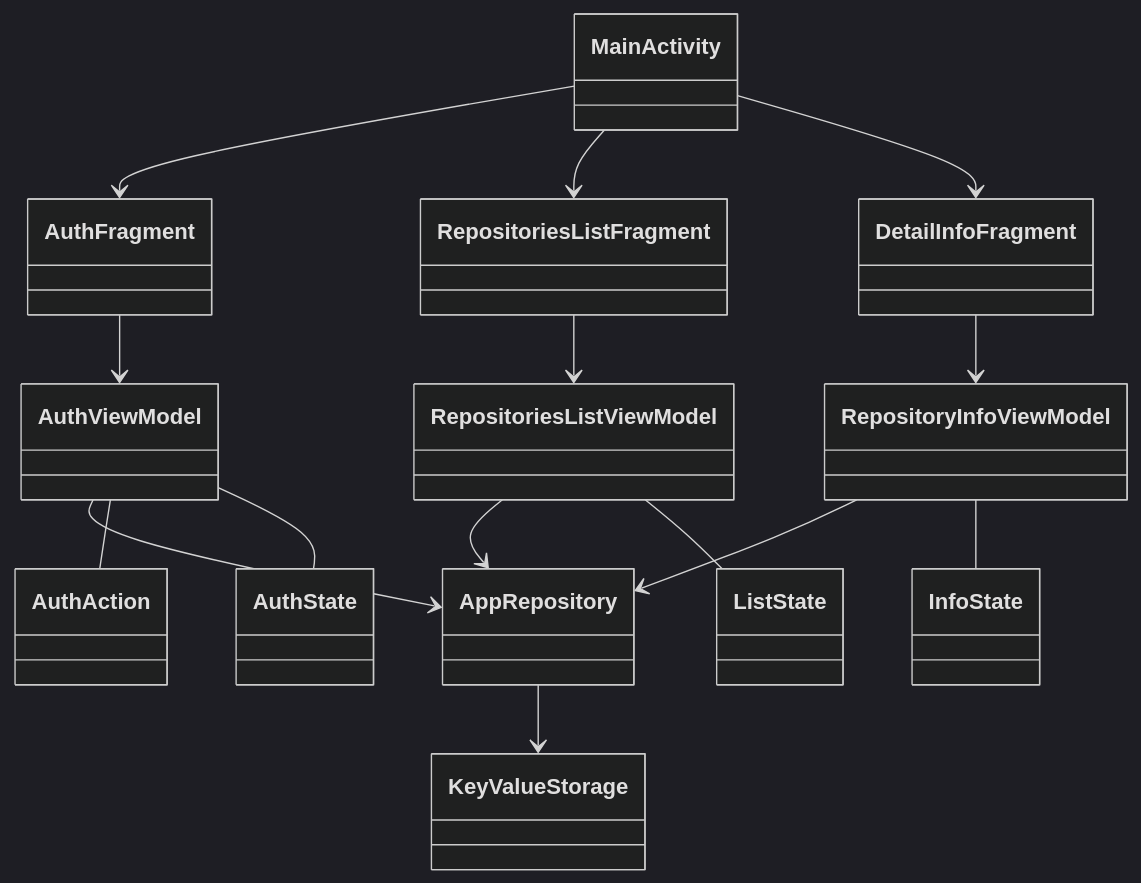
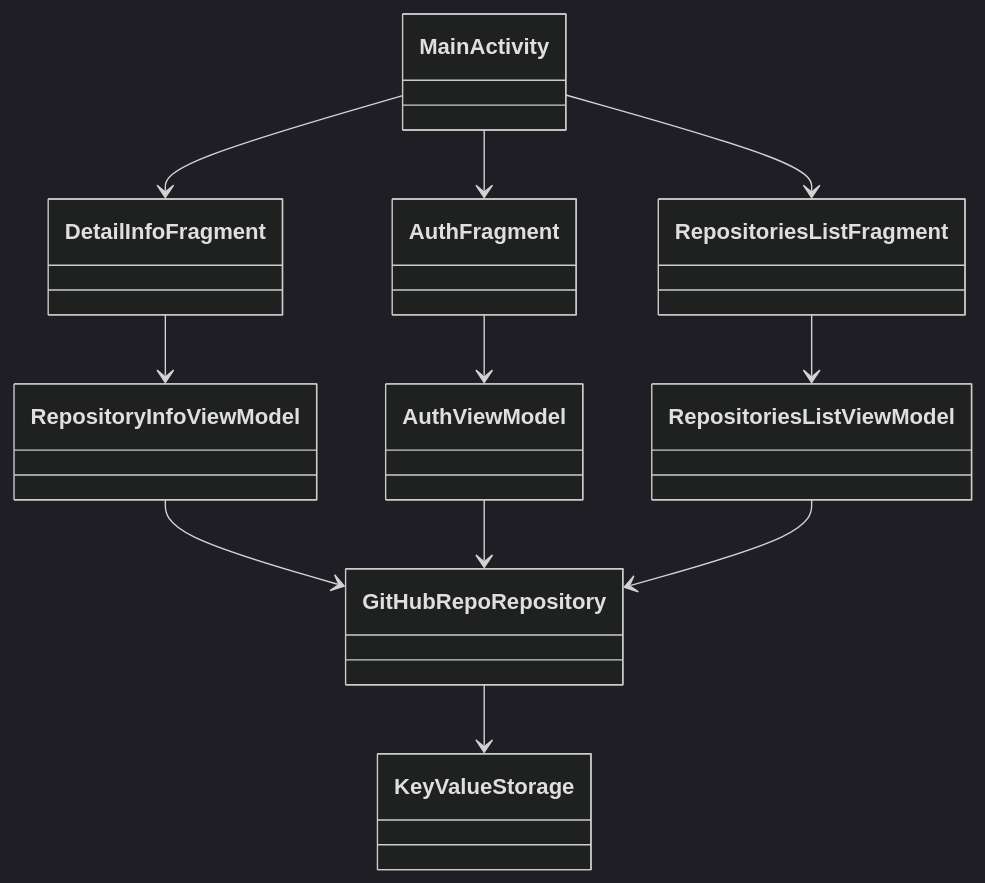
Before and after one commit to icerockdev/kmm.icerock.dev: the diagram in university/1-android-basics/practice.md, drawn with Mermaid (dark theme). The commit also changed 2 other files, not shown here.

Commit message:
removed states from diagrams and renamed appRepo in ios and android

````diff
--- a/university/1-android-basics/practice.md
+++ b/university/1-android-basics/practice.md
@@ -155,39 +155,31 @@
 ```mermaid
    classDiagram
 
    class MainActivity:::android
    class AuthFragment:::android
    class RepositoriesListFragment:::android
    class DetailInfoFragment:::android
    
    class AuthViewModel:::android
-   class AuthState:::android
-   class AuthAction:::android
    
    class RepositoryInfoViewModel:::android
-   class InfoState:::android
+
    class RepositoriesListViewModel:::android
-   class ListState:::android
-   class AppRepository:::android
+
+   class GitHubRepoRepository:::android
    class KeyValueStorage:::android
    
    MainActivity --> AuthFragment
    MainActivity --> RepositoriesListFragment
    MainActivity --> DetailInfoFragment
    
    AuthFragment --> AuthViewModel
    RepositoriesListFragment --> RepositoriesListViewModel
    DetailInfoFragment --> RepositoryInfoViewModel
    
-   RepositoryInfoViewModel --> AppRepository
-   AuthViewModel --> AppRepository
-   RepositoriesListViewModel --> AppRepository
+   RepositoryInfoViewModel --> GitHubRepoRepository
+   AuthViewModel --> GitHubRepoRepository
+   RepositoriesListViewModel --> GitHubRepoRepository
    
-   AppRepository --> KeyValueStorage
-   
-   AuthViewModel -- AuthAction
-   AuthViewModel -- AuthState
-  
-   RepositoryInfoViewModel -- InfoState
-   RepositoriesListViewModel -- ListState
+   GitHubRepoRepository --> KeyValueStorage
 ```
````
